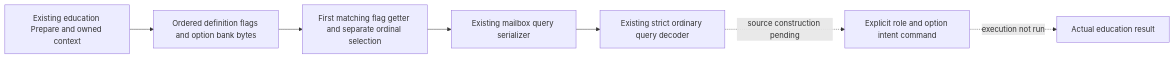
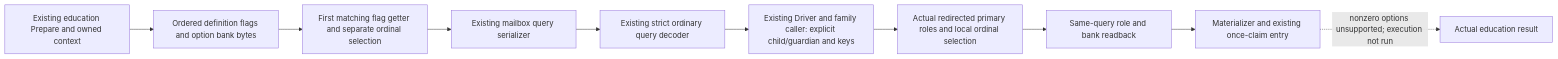
One commit to XenoAmess/ck3_eternal_recurrence changed the diagram in docs/ck3-native-ai/education-native-option-rows-12004.md. Above: the diagram before and after it, drawn with Mermaid. The commit also changed other lines of this file and 13 other files, not shown here.

First line of the commit message:
Connect explicit education requests to existing native and family callers [skip ci]

````diff
--- a/docs/ck3-native-ai/education-native-option-rows-12004.md
+++ b/docs/ck3-native-ai/education-native-option-rows-12004.md
@@ -11,9 +11,12 @@
 ```mermaid
 flowchart LR
   A[Existing education Prepare and owned context] --> B[Ordered definition flags and option bank bytes]
   B --> C[First matching flag getter and separate ordinal selection]
   C --> D[Existing mailbox query serializer]
   D --> E[Existing strict ordinary query decoder]
-  E -. source construction pending .-> F[Explicit role and option intent command]
-  F -. execution not run .-> G[Actual education result]
+  E --> F[Existing Driver and family caller: explicit child/guardian and keys]
+  F --> H[Actual redirected primary roles and local ordinal selection]
+  H --> I[Same-query role and bank readback]
+  I --> J[Materializer and existing once-claim entry]
+  J -. nonzero options unsupported; execution not run .-> G[Actual education result]
 ```
````
